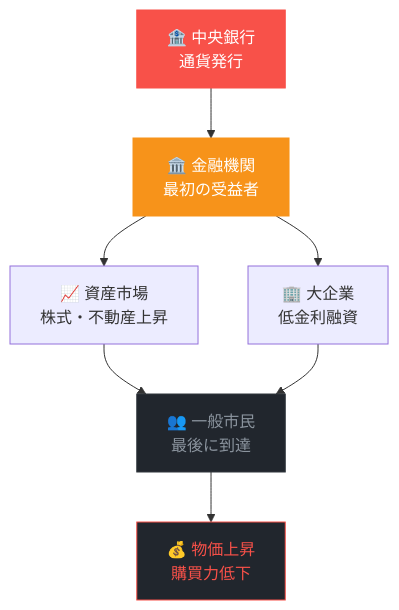
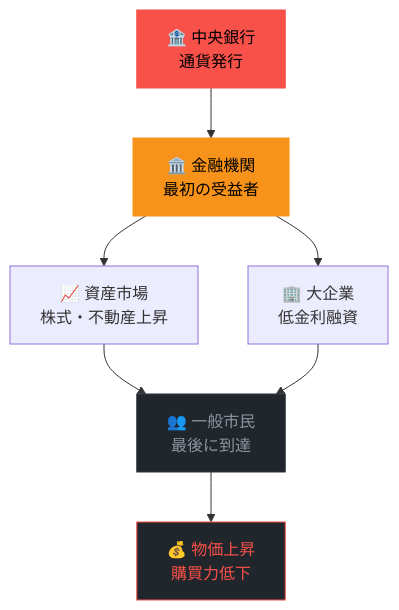
The diagram in content/ja/ideas/cantillon-effect.md (bc1qwerty/learn.txid.uk), drawn with Mermaid before and after one commit. The commit also changed 50 other files, not shown here.

First line of the commit message:
Mermaid 다이어그램 텍스트 대비 개선: color:#fff → color:#000

```diff
--- a/content/ja/ideas/cantillon-effect.md
+++ b/content/ja/ideas/cantillon-effect.md
@@ -15,19 +15,19 @@
 {{< mermaid >}}
 graph TD
     CB["🏦 中央銀行<br/>通貨発行"]
     BANK["🏛️ 金融機関<br/>最初の受益者"]
     ASSET["📈 資産市場<br/>株式・不動産上昇"]
     BIZ["🏢 大企業<br/>低金利融資"]
     PEOPLE["👥 一般市民<br/>最後に到達"]
     PRICE["💰 物価上昇<br/>購買力低下"]
     CB --> BANK
     BANK --> ASSET
     BANK --> BIZ
     ASSET --> PEOPLE
     BIZ --> PEOPLE
     PEOPLE --> PRICE
-    style CB fill:#f85149,stroke:#f85149,color:#fff
-    style BANK fill:#f7931a,stroke:#f7931a,color:#fff
+    style CB fill:#f85149,stroke:#f85149,color:#000
+    style BANK fill:#f7931a,stroke:#f7931a,color:#000
     style PEOPLE fill:#21262d,stroke:#30363d,color:#8b949e
     style PRICE fill:#21262d,stroke:#f85149,color:#f85149
 {{< /mermaid >}}
```
